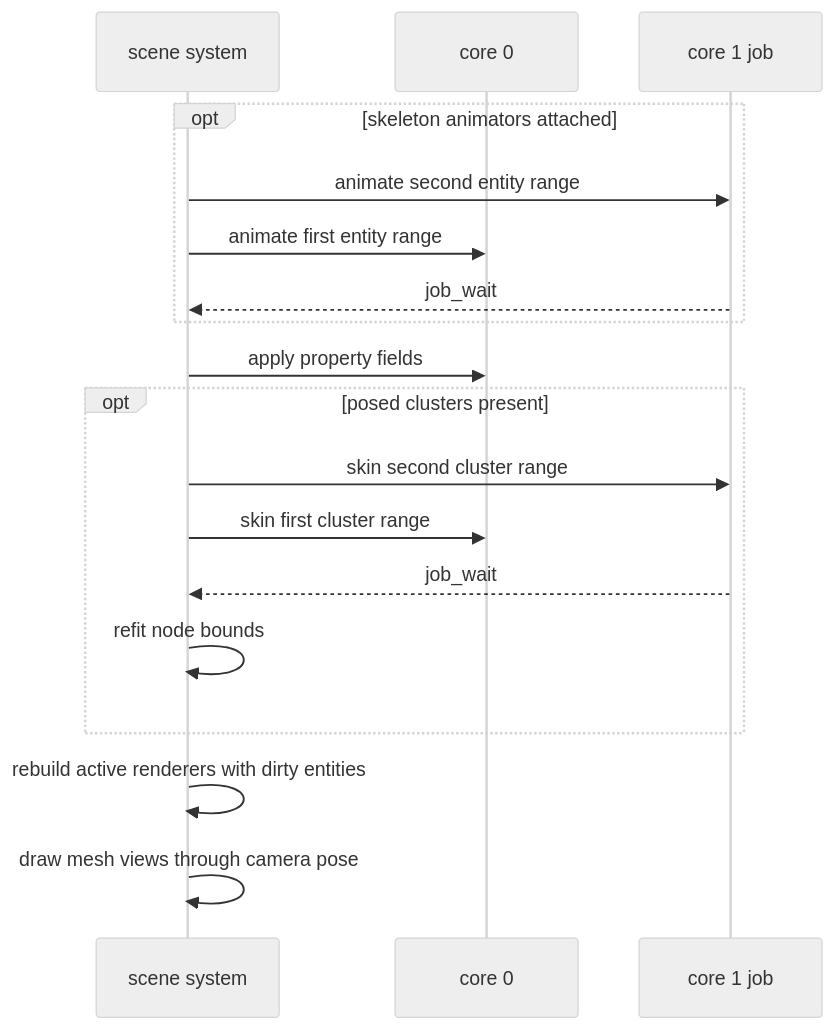
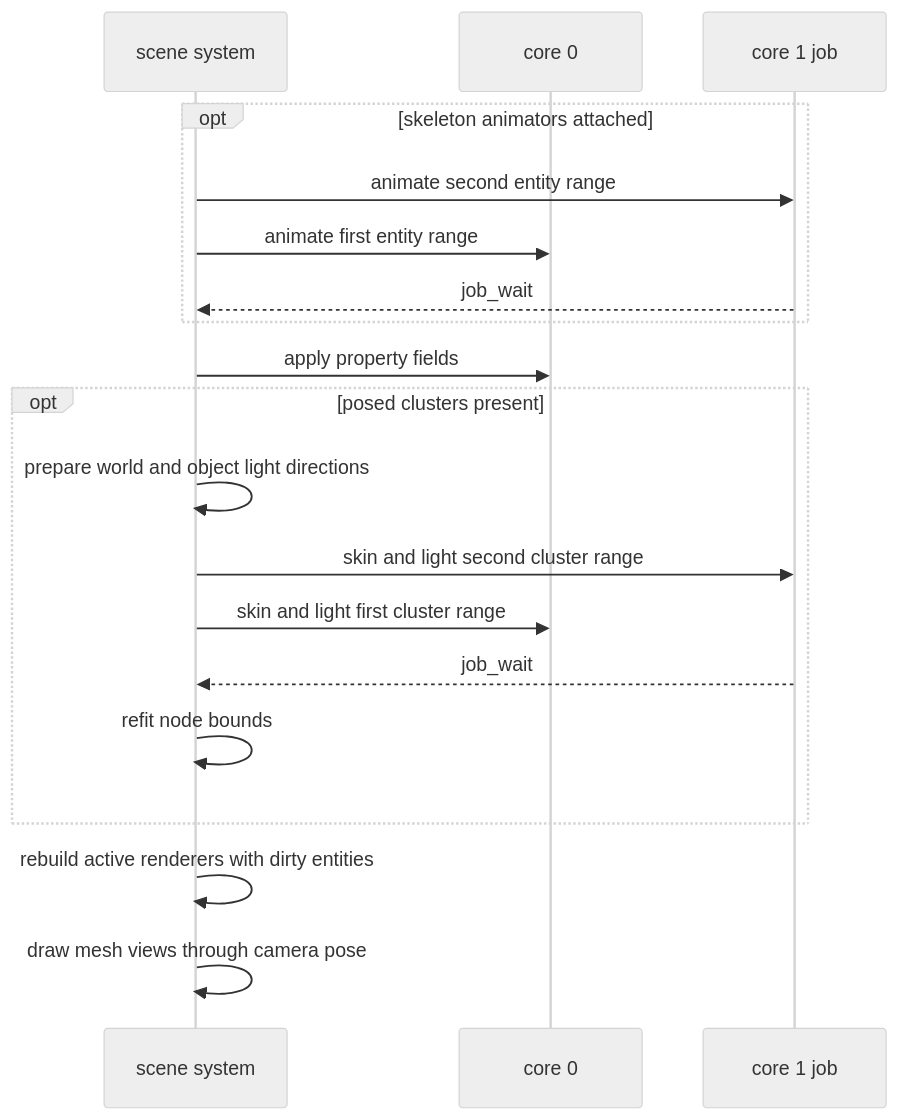
The diagram in docs/render/Skeleton-and-Skin.md (jose-villegas/autana), drawn with Mermaid (neutral theme) before and after one commit. The commit also changed other lines of this file and 4 other files, not shown here.

````diff
--- a/docs/render/Skeleton-and-Skin.md
+++ b/docs/render/Skeleton-and-Skin.md
@@ -142,20 +143,21 @@
 ```mermaid
 sequenceDiagram
     participant S as scene system
     participant C0 as core 0
     participant C1 as core 1 job
     opt skeleton animators attached
         S->>C1: animate second entity range
         S->>C0: animate first entity range
         C1-->>S: job_wait
     end
     S->>C0: apply property fields
     opt posed clusters present
-        S->>C1: skin second cluster range
-        S->>C0: skin first cluster range
+        S->>S: prepare world and object light directions
+        S->>C1: skin and light second cluster range
+        S->>C0: skin and light first cluster range
         C1-->>S: job_wait
         S->>S: refit node bounds
     end
     S->>S: rebuild active renderers with dirty entities
     S->>S: draw mesh views through camera pose
 ```
````
